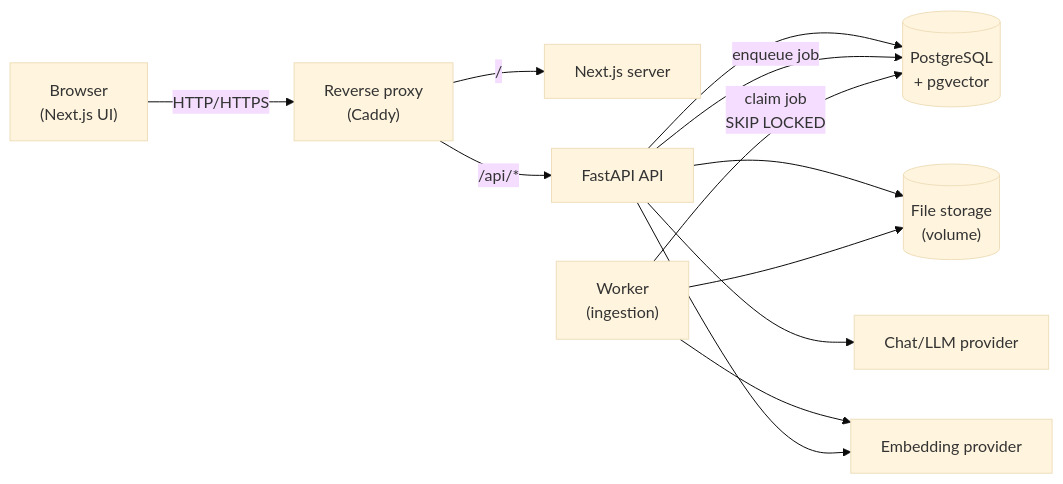
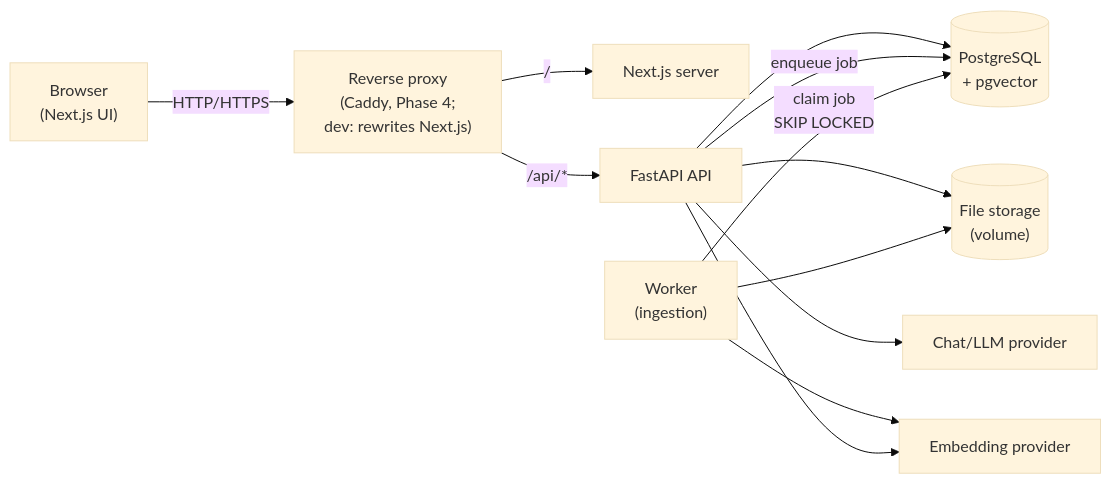
One commit to Fathul2703/knowvault changed the first of 4 diagrams in docs/ARCHITECTURE.md. Above: the diagram before and after it, drawn with Mermaid (base theme). The commit also changed other lines of this file and 92 other files, not shown here.

````diff
--- a/docs/ARCHITECTURE.md
+++ b/docs/ARCHITECTURE.md
@@ -221,14 +222,14 @@
 ```mermaid
 flowchart LR
-    Browser["Browser<br/>(Next.js UI)"] -->|HTTP/HTTPS| Proxy["Reverse proxy<br/>(Caddy)"]
+    Browser["Browser<br/>(Next.js UI)"] -->|HTTP/HTTPS| Proxy["Reverse proxy<br/>(Caddy, Phase 4;<br/>dev: rewrites Next.js)"]
     Proxy -->|"/"| Web["Next.js server"]
     Proxy -->|"/api/*"| API["FastAPI API"]
     API --> PG[("PostgreSQL<br/>+ pgvector")]
     API --> FS[("File storage<br/>(volume)")]
     API -->|enqueue job| PG
     Worker["Worker<br/>(ingestion)"] -->|"claim job<br/>SKIP LOCKED"| PG
     Worker --> FS
     Worker --> EMB["Embedding provider"]
     API --> LLM["Chat/LLM provider"]
     API --> EMB
 ```
````
